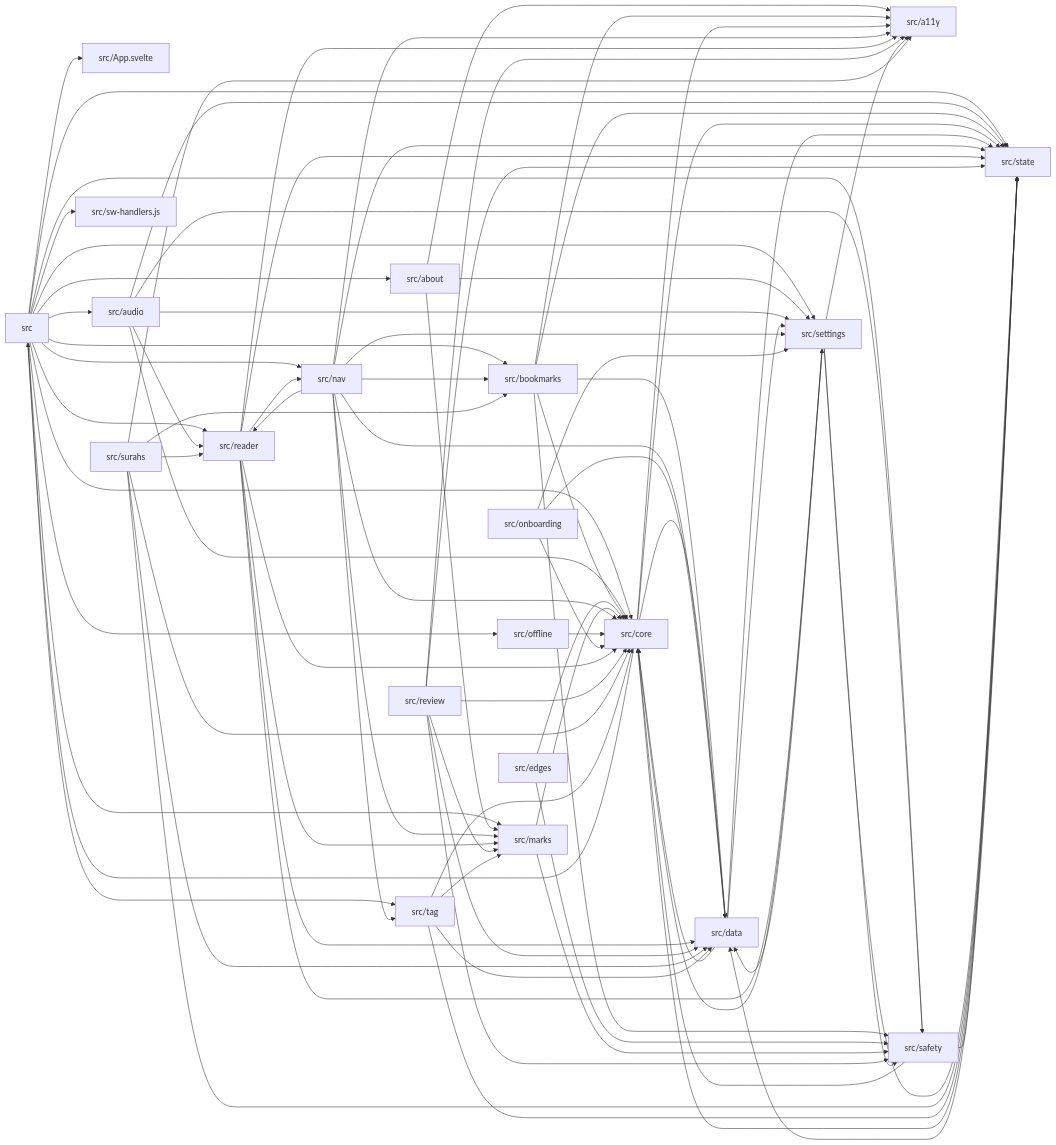
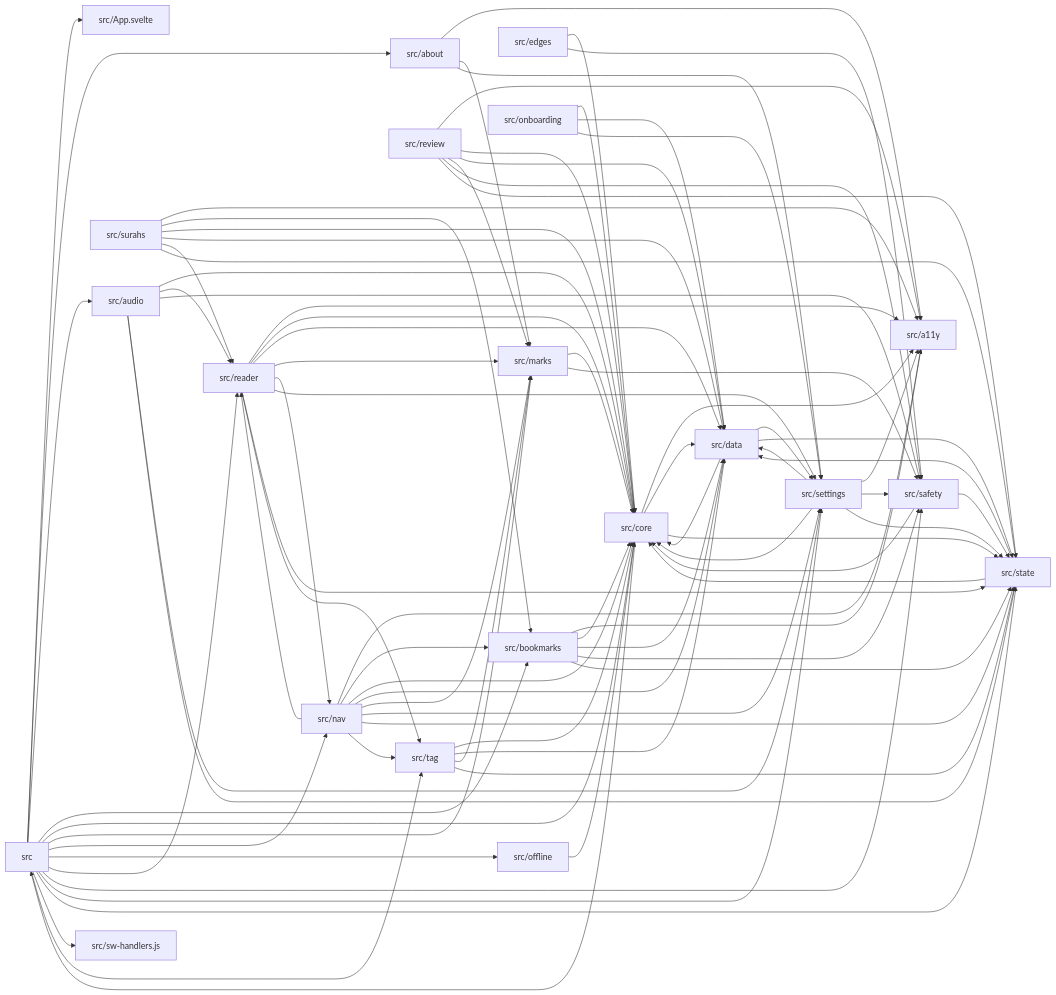
Before and after one commit to Omar-MD/QuranAtlas: the diagram in docs/context/module-graph.md, drawn with Mermaid. The commit also changed other lines of this file and 5 other files, not shown here.

```diff
--- a/docs/context/module-graph.md
+++ b/docs/context/module-graph.md
@@ -88,6 +88,7 @@
   src_reader --> src_nav
   src_reader --> src_settings
   src_reader --> src_state
+  src_reader --> src_tag
   src_review --> src_a11y
   src_review --> src_core
   src_review --> src_data
```
